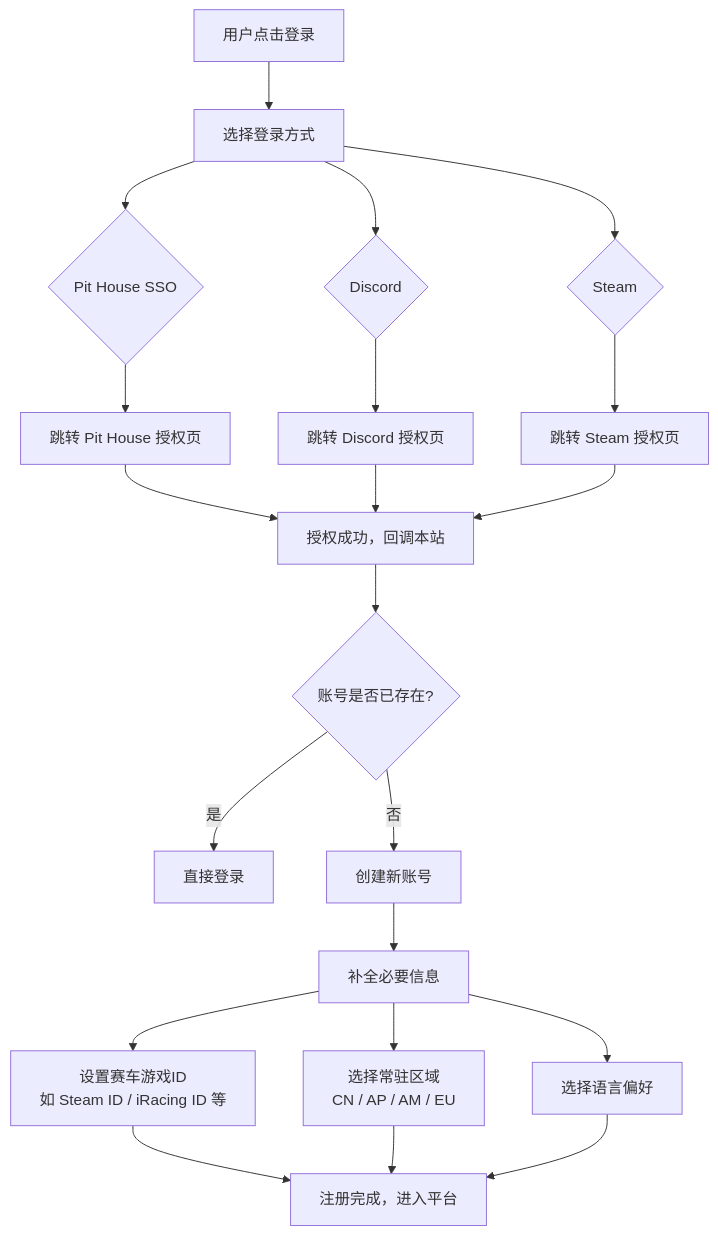
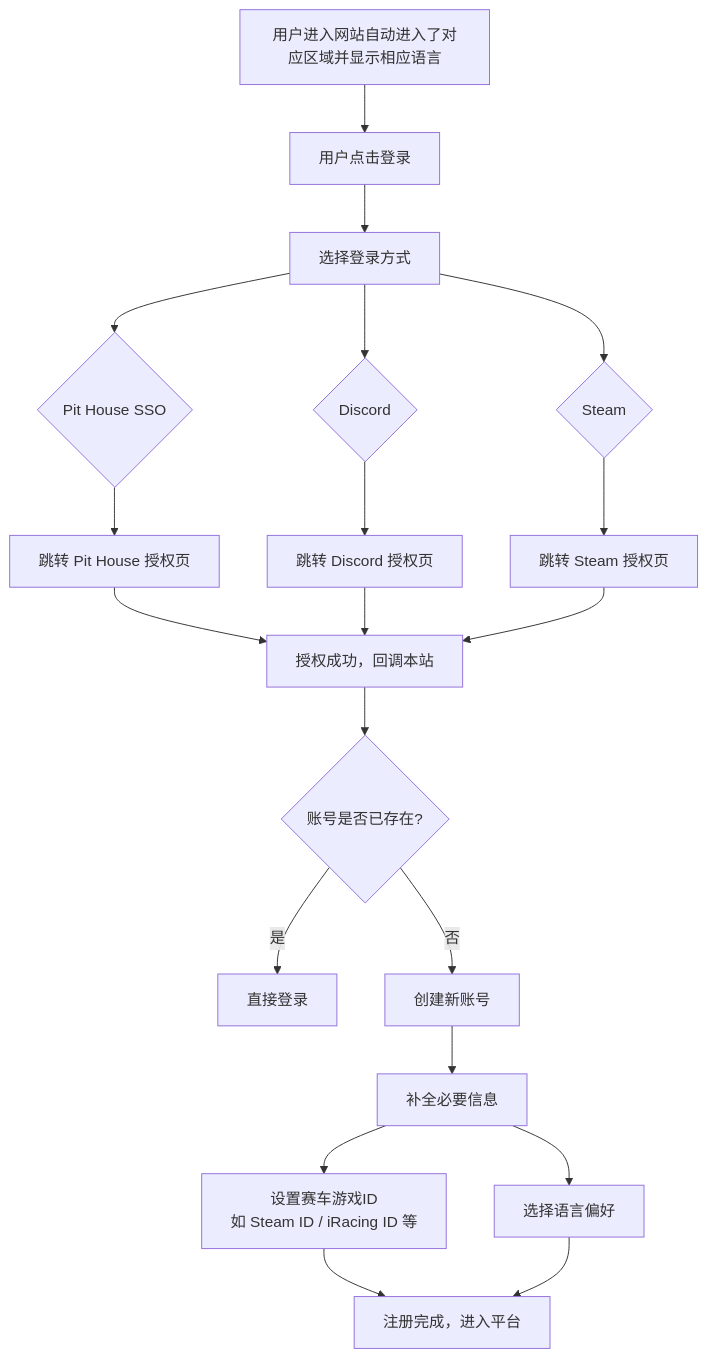
One commit to SagaLinZP/Racing-Arcade changed the first of 8 diagrams in PRD.md. Above: the diagram before and after it, drawn with Mermaid. The commit also changed other lines of this file, not shown here.

Commit message:
modified login and signup flow

````diff
--- a/PRD.md
+++ b/PRD.md
@@ -160,26 +160,19 @@
 ```mermaid
 flowchart TD
-    A[用户点击登录] --> B[选择登录方式]
-    B --> C{Pit House SSO}
-    B --> D{Discord}
-    B --> E{Steam}
-    
-    C --> F[跳转 Pit House 授权页]
-    D --> G[跳转 Discord 授权页]
-    E --> H[跳转 Steam 授权页]
-    
-    F --> I[授权成功，回调本站]
-    G --> I
-    H --> I
-    
-    I --> J{账号是否已存在?}
-    J -->|是| K[直接登录]
-    J -->|否| L[创建新账号]
-    
-    L --> M[补全必要信息]
-    M --> M1[设置赛车游戏ID<br/>如 Steam ID / iRacing ID 等]
-    M --> M2[选择常驻区域<br/>CN / AP / AM / EU]
-    M --> M3[选择语言偏好]
-    
-    M1 & M2 & M3 --> N[注册完成，进入平台]
+    A["用户进入网站自动进入了对应区域并显示相应语言"] --> B
+    B["用户点击登录"] --> C["选择登录方式"]
+    C --> D{"Pit House SSO"} & E{"Discord"} & F{"Steam"}
+    D --> G["跳转 Pit House 授权页"]
+    E --> H["跳转 Discord 授权页"]
+    F --> I["跳转 Steam 授权页"]
+    G --> J["授权成功，回调本站"]
+    H --> J
+    I --> J
+    J --> K{"账号是否已存在?"}
+    K -- 是 --> L["直接登录"]
+    K -- 否 --> M["创建新账号"]
+    M --> N["补全必要信息"]
+    N --> O["设置赛车游戏ID<br>如 Steam ID / iRacing ID 等"] & P["选择语言偏好"]
+    O --> Q["注册完成，进入平台"]
+    P --> Q
 ```
````
